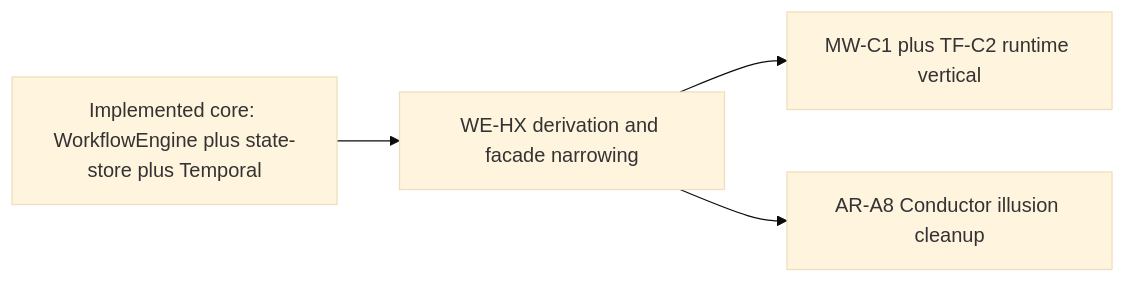
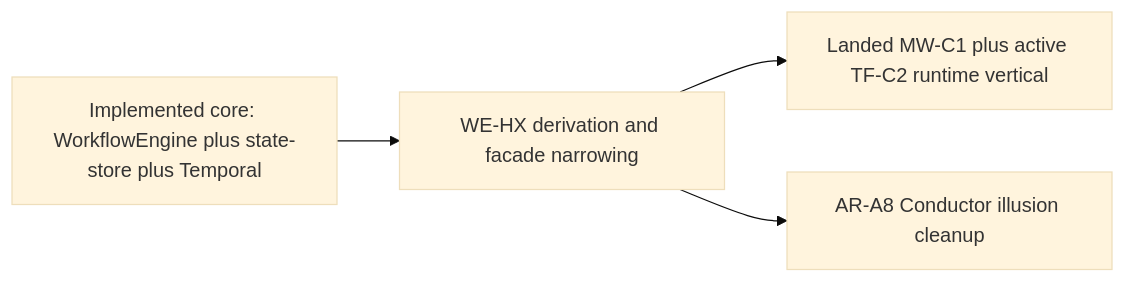
Before and after one commit to dunay2/dvt: the fifth of 5 diagrams in docs/architecture/components/engine/architecture/c4-engine.md, drawn with Mermaid (base theme). The commit also changed other lines of this file and 16 other files, not shown here.

````diff
--- a/docs/architecture/components/engine/architecture/c4-engine.md
+++ b/docs/architecture/components/engine/architecture/c4-engine.md
@@ -207,6 +207,6 @@
 ```mermaid
 flowchart LR
   Core["Implemented core: WorkflowEngine plus state-store plus Temporal"] --> Hex["WE-HX derivation and facade narrowing"]
-  Hex --> Runtime["MW-C1 plus TF-C2 runtime vertical"]
+  Hex --> Runtime["Landed MW-C1 plus active TF-C2 runtime vertical"]
   Hex --> Cleanup["AR-A8 Conductor illusion cleanup"]
 ```
````
